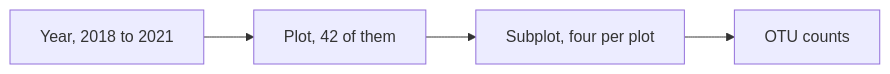
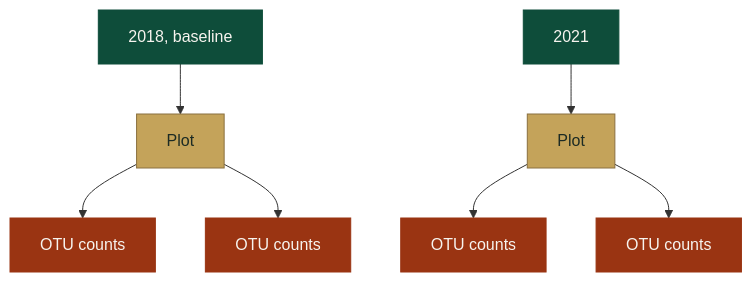
The diagram in sections/01-datasets.qmd (bastienchassagnol/PEPR-Carbon-Statistical-Courses), drawn with Mermaid before and after one commit. The commit also changed other lines of this file and 57 other files, not shown here.

````diff
--- a/sections/01-datasets.qmd
+++ b/sections/01-datasets.qmd
@@ -141,8 +238,17 @@
 ```{mermaid}
-%%| fig-width: 10
-%%| fig-height: 2.6
-flowchart LR
-  year["Year, 2018 to 2021"] --> plot["Plot, 42 of them"]
-  plot --> sub["Subplot, four per plot"]
-  sub --> otu["OTU counts"]
+%%| fig-width: 8
+%%| fig-height: 4.2
+flowchart TD
+  y0["2018, baseline"] --> p0["Plot"]
+  y1["2021"] --> p1["Plot"]
+  p0 --> u0["OTU counts"]
+  p0 --> u1["OTU counts"]
+  p1 --> u2["OTU counts"]
+  p1 --> u3["OTU counts"]
+  classDef year fill:#0e4d3a,color:#f7f4ef,stroke:#0e4d3a
+  classDef plot fill:#c4a35a,color:#1c2b24,stroke:#8a7040
+  classDef otu fill:#9a3412,color:#f7f4ef,stroke:#9a3412
+  class y0,y1 year
+  class p0,p1 plot
+  class u0,u1,u2,u3 otu
 ```
````
